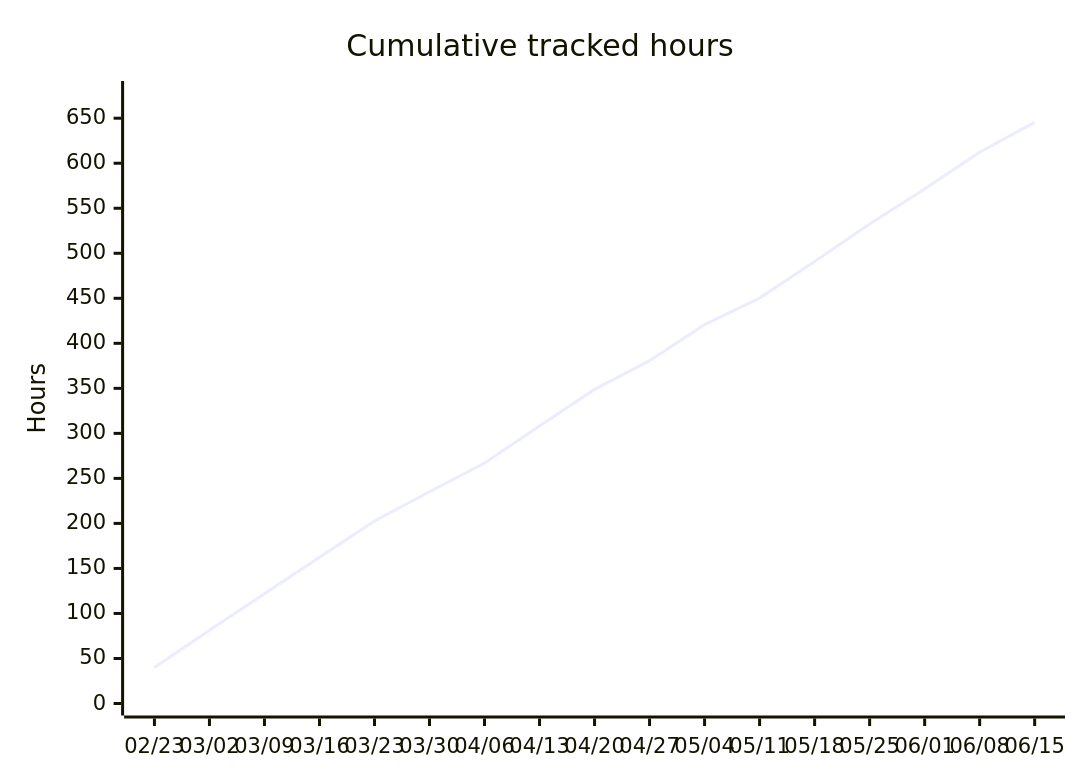
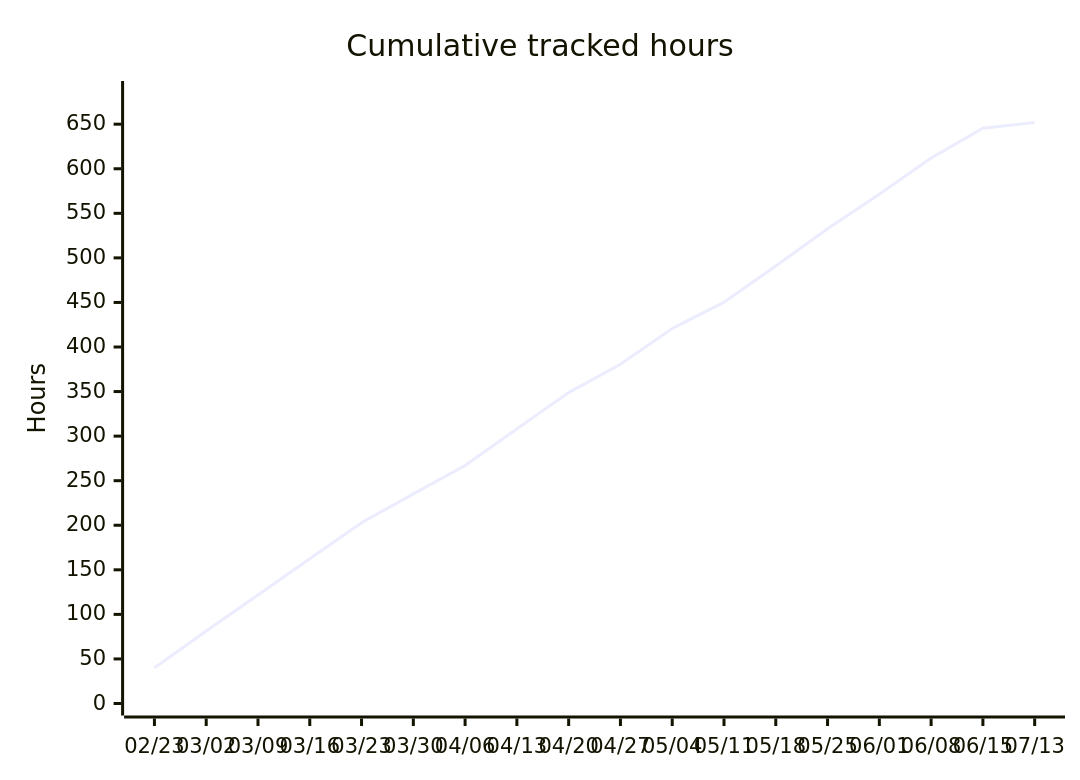
The fifth of 5 diagrams in README.org (albinforsberg-netizen/timeclock), drawn with Mermaid before and after one commit. The commit also changed other lines of this file, not shown here.

```diff
--- a/README.org
+++ b/README.org
@@ -125,7 +125,7 @@
 #+begin_src mermaid
 xychart-beta
     title "Cumulative tracked hours"
-    x-axis ["02/23", "03/02", "03/09", "03/16", "03/23", "03/30", "04/06", "04/13", "04/20", "04/27", "05/04", "05/11", "05/18", "05/25", "06/01", "06/08", "06/15"]
-    y-axis "Hours" 0 --> 678
-    line [40.00, 81.25, 121.75, 162.50, 202.75, 235.19, 267.03, 308.11, 348.83, 380.71, 420.81, 450.20, 490.81, 532.57, 571.50, 612.14, 645.42]
+    x-axis ["02/23", "03/02", "03/09", "03/16", "03/23", "03/30", "04/06", "04/13", "04/20", "04/27", "05/04", "05/11", "05/18", "05/25", "06/01", "06/08", "06/15", "07/13"]
+    y-axis "Hours" 0 --> 685
+    line [40.00, 81.25, 121.75, 162.50, 202.75, 235.19, 267.03, 308.11, 348.83, 380.71, 420.81, 450.20, 490.81, 532.57, 571.50, 612.14, 645.42, 651.94]
 #+end_src
```
